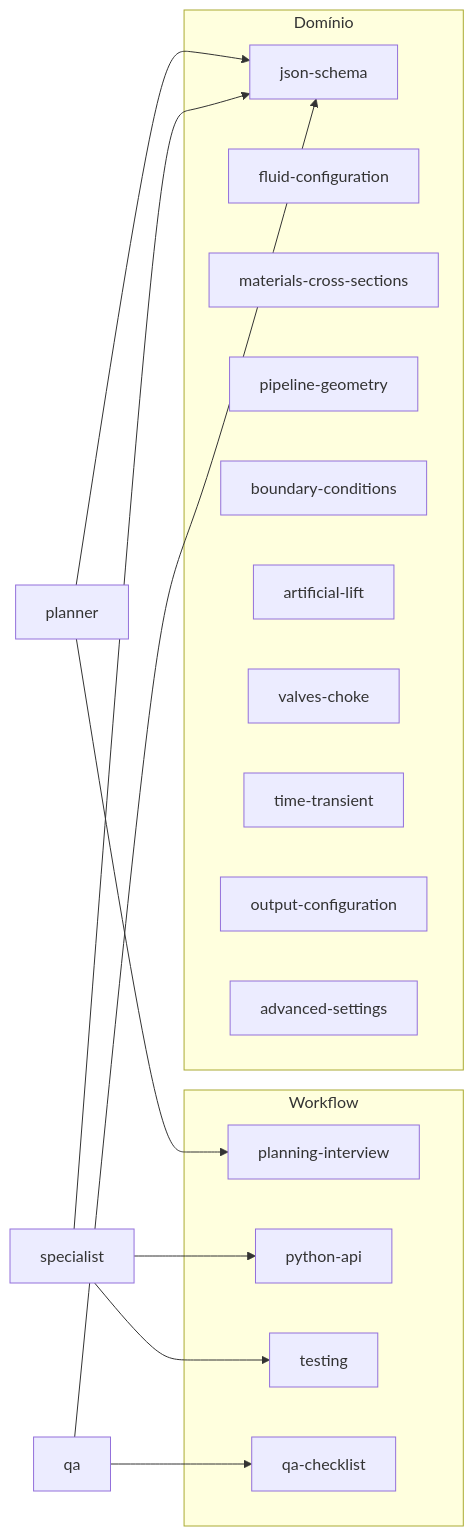
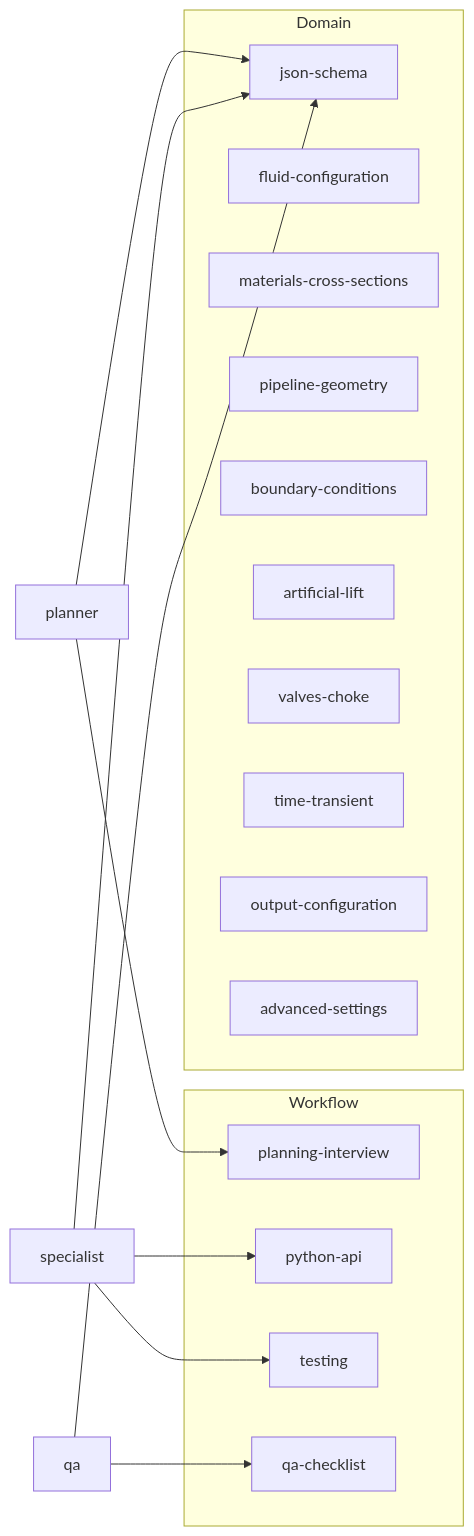
The second of 2 diagrams in .github/README-agents.md (petrobras/marlim3), drawn with Mermaid before and after one commit. The commit also changed other lines of this file, not shown here.

````diff
--- a/.github/README-agents.md
+++ b/.github/README-agents.md
@@ -45,26 +45,26 @@
 ```mermaid
 flowchart LR
     subgraph Workflow
         W1[planning-interview]
         W2[python-api]
         W3[testing]
         W4[qa-checklist]
     end
-    subgraph Domínio
+    subgraph Domain
         D1[json-schema]
         D2[fluid-configuration]
         D3[materials-cross-sections]
         D4[pipeline-geometry]
         D5[boundary-conditions]
         D6[artificial-lift]
         D7[valves-choke]
         D8[time-transient]
         D9[output-configuration]
         D10[advanced-settings]
     end
     P[planner] --> W1
     S[specialist] --> W2
     S --> W3
     Q[qa] --> W4
     P & S & Q --> D1
 ```
````
